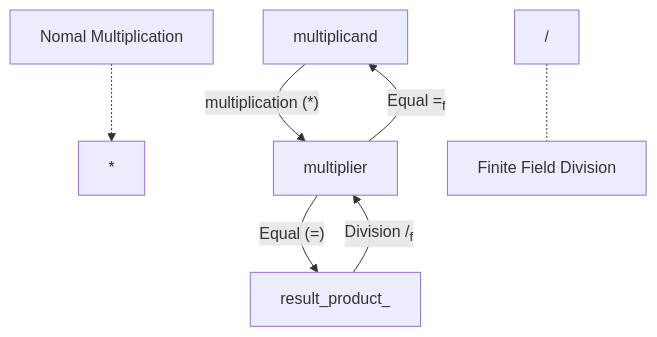
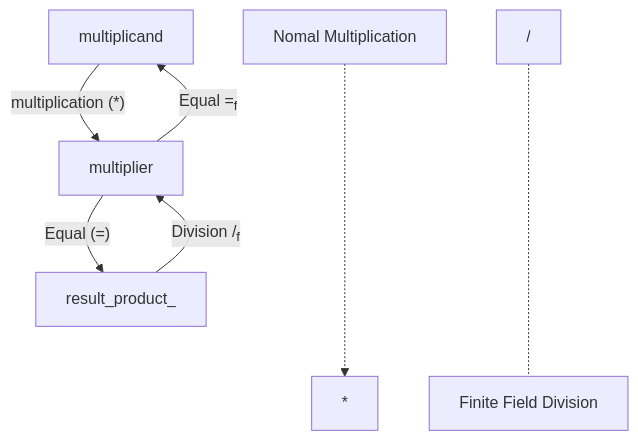
One commit to will-bc/Blockchain-Cryptocurrency changed the third of 3 diagrams in Finite_Field/README.md. Above: the diagram before and after it, drawn with Mermaid.

````diff
--- a/Finite_Field/README.md
+++ b/Finite_Field/README.md
@@ -49,15 +49,15 @@
 ```mermaid 
 graph TB 
 
-A["Nomal Multiplication"] -.-> *
+A["Nomal Multiplication"] -...-> *
 
 multiplicand --"multiplication (*)" --> multiplier-->|"Equal (=)"|result_product_ 
 
 result_product_-- "Division /<sub>f</sub>" -->multiplier
 multiplier--"Equal =<sub>f</sub>" -->multiplicand
 
-/<-.- B["Finite Field Division"]
+/ <-...- B["Finite Field Division"]
 
 
 
 ```
````
